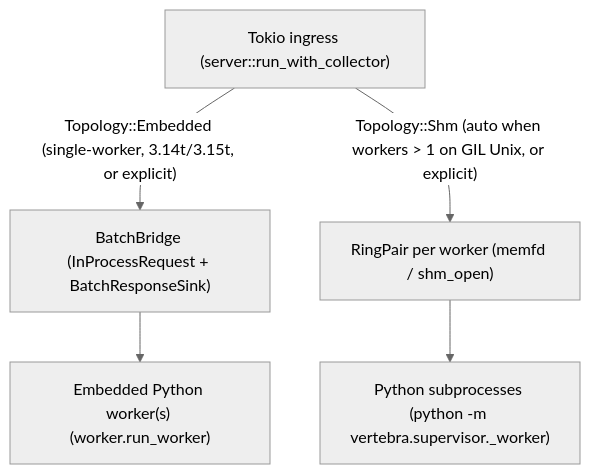
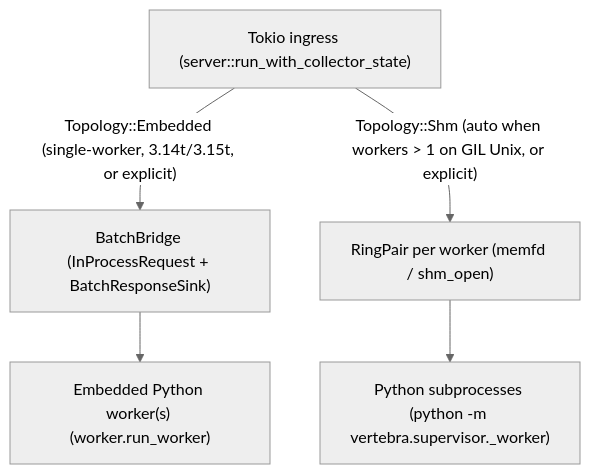
The diagram in .agents/bundles/knowledge/architecture/runtime/topologies-and-embedding.md (cofin/vertebra), drawn with Mermaid (neutral theme) before and after one commit. The commit also changed other lines of this file and 48 other files, not shown here.

````diff
--- a/.agents/bundles/knowledge/architecture/runtime/topologies-and-embedding.md
+++ b/.agents/bundles/knowledge/architecture/runtime/topologies-and-embedding.md
@@ -65,8 +68,8 @@
 ```mermaid
 flowchart TD
-    Ingress["Tokio ingress (server::run_with_collector)"]
+    Ingress["Tokio ingress (server::run_with_collector_state)"]
     Ingress -->|"Topology::Embedded (single-worker, 3.14t/3.15t, or explicit)"| Bridge["BatchBridge (InProcessRequest + BatchResponseSink)"]
     Ingress -->|"Topology::Shm (auto when workers > 1 on GIL Unix, or explicit)"| Shm["RingPair per worker (memfd / shm_open)"]
     Bridge --> PyThread["Embedded Python worker(s) (worker.run_worker)"]
     Shm --> PySub["Python subprocesses (python -m vertebra.supervisor._worker)"]
 ```
````
